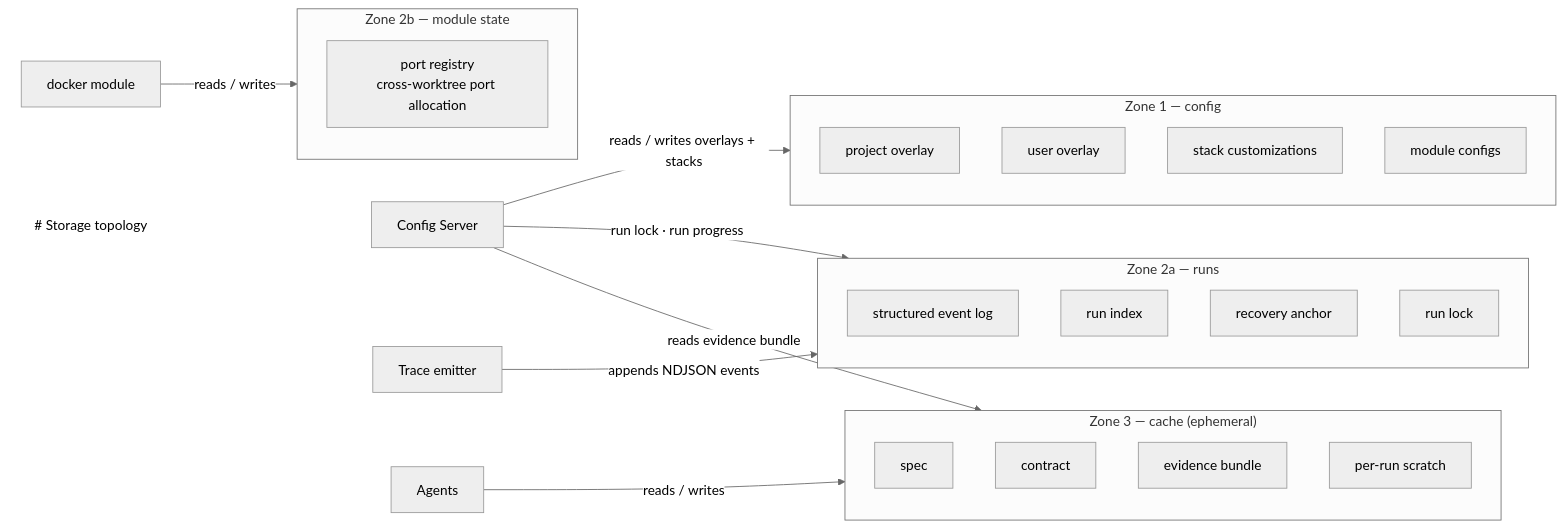
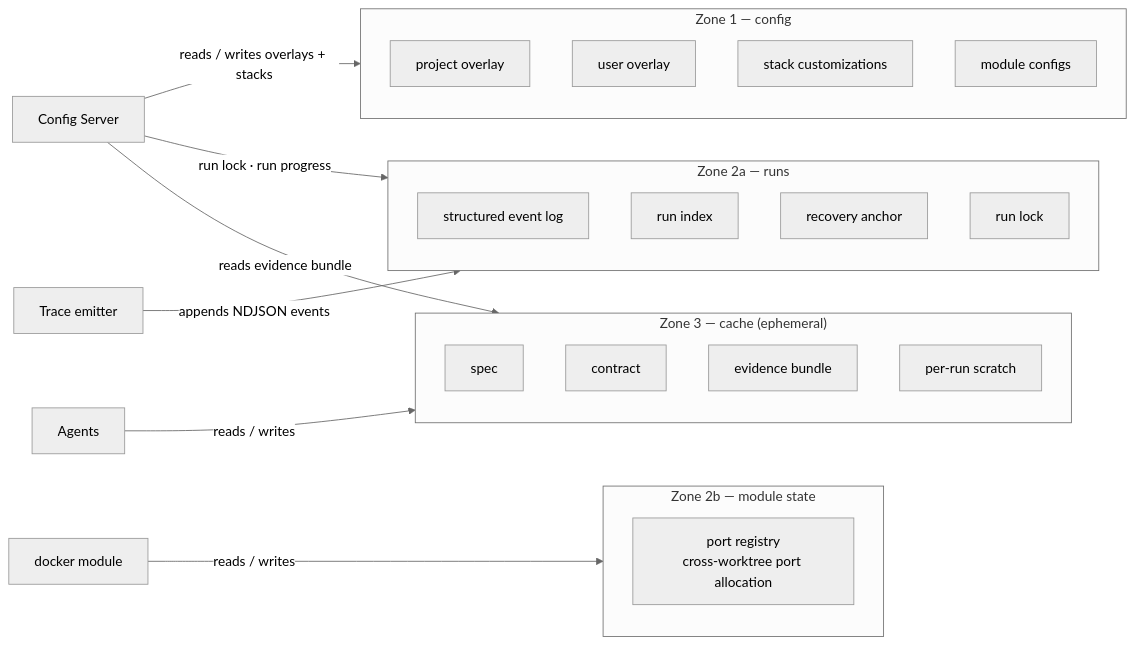
Before and after one commit to Thomas-AppForceOne/ClaudeAgents: the fourth of 5 diagrams in documentation/subsystem-architecture.md, drawn with Mermaid (neutral theme). The commit also changed other lines of this file, not shown here.

Commit message:
docs: remove all in-diagram titles

````diff
--- a/documentation/subsystem-architecture.md
+++ b/documentation/subsystem-architecture.md
@@ -157,47 +146,43 @@
 ```mermaid
 flowchart LR
-    TITLE["`# Storage topology`"]
-    style TITLE fill:none,stroke:none
-
     subgraph Z1["Zone 1 — config"]
         direction TB
         OVP["project overlay"]
         OVU["user overlay"]
         CST["stack customizations"]
         CMC["module configs"]
     end
 
     subgraph Z2R["Zone 2a — runs"]
         direction TB
         RT["structured event log"]
         RI["run index"]
         RA["recovery anchor"]
         RL["run lock"]
     end
 
     subgraph Z2M["Zone 2b — module state"]
         direction TB
         PR["port registry\ncross-worktree port allocation"]
     end
 
     subgraph Z3["Zone 3 — cache (ephemeral)"]
         direction TB
         SP["spec"]
         CO["contract"]
         EB["evidence bundle"]
         SC["per-run scratch"]
     end
 
     CS["Config Server"]
     TR["Trace emitter"]
     DK["docker module"]
     AG["Agents"]
 
-    TITLE ~~~ CS
     CS -->|"reads / writes overlays + stacks"| Z1
     CS -->|"run lock · run progress"| Z2R
     TR -->|"appends NDJSON events"| Z2R
     DK -->|"reads / writes"| Z2M
     AG -->|"reads / writes"| Z3
     CS -->|"reads evidence bundle"| Z3
 ```
````
